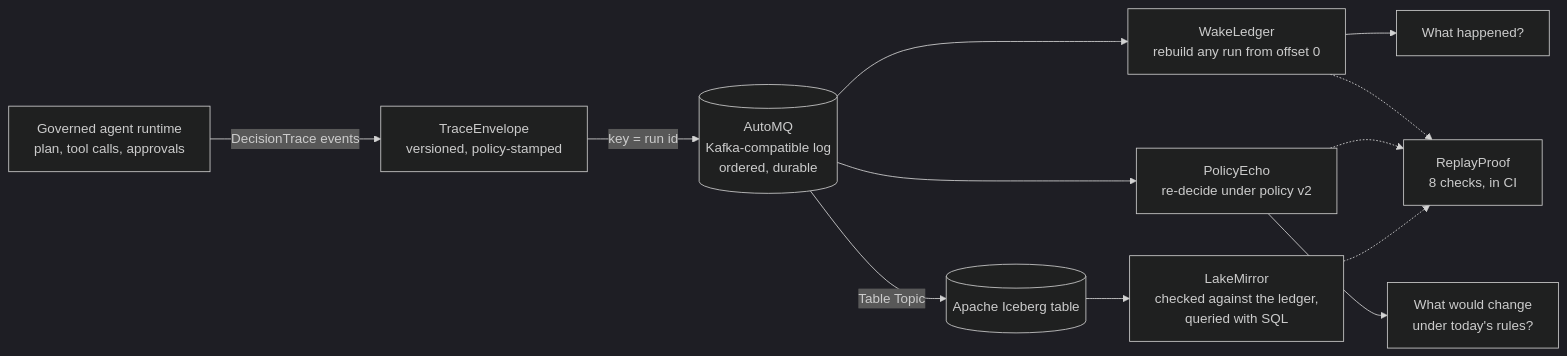
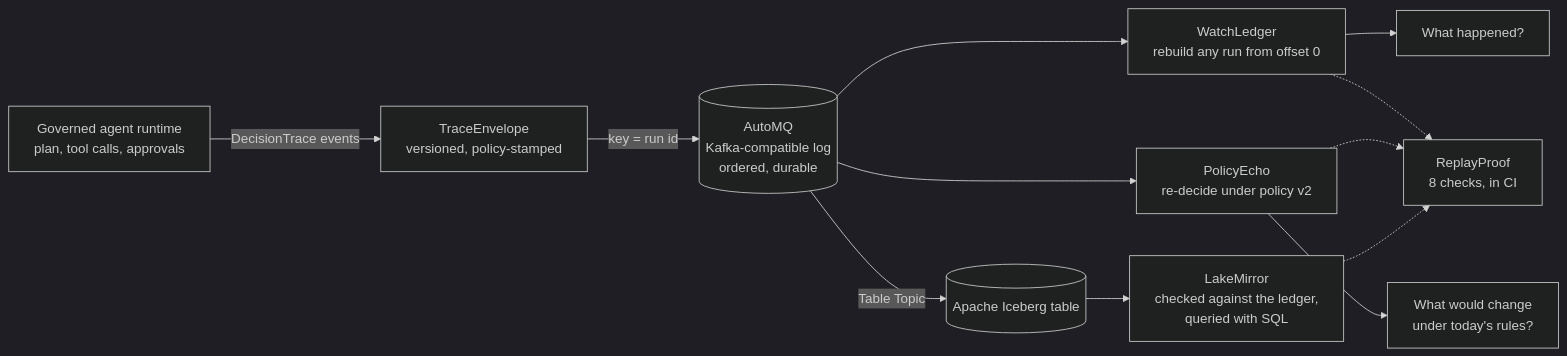
One commit to gandhiashutosh14/sternwatch changed the diagram in README.md. Above: the diagram before and after it, drawn with Mermaid (dark theme). The commit also changed other lines of this file and 37 other files, not shown here.

````diff
--- a/README.md
+++ b/README.md
@@ -67,14 +67,14 @@
 ```mermaid
 flowchart LR
     A["Governed agent runtime<br/>plan, tool calls, approvals"] -->|"DecisionTrace events"| B["TraceEnvelope<br/>versioned, policy-stamped"]
     B -->|"key = run id"| C[("AutoMQ<br/>Kafka-compatible log<br/>ordered, durable")]
-    C --> D["WakeLedger<br/>rebuild any run from offset 0"]
+    C --> D["WatchLedger<br/>rebuild any run from offset 0"]
     C --> E["PolicyEcho<br/>re-decide under policy v2"]
     D --> F["What happened?"]
     E --> G["What would change<br/>under today's rules?"]
     C -->|"Table Topic"| L[("Apache Iceberg table")]
     L --> M["LakeMirror<br/>checked against the ledger,<br/>queried with SQL"]
     D -.-> H["ReplayProof<br/>8 checks, in CI"]
     E -.-> H
     M -.-> H
 ```
````
